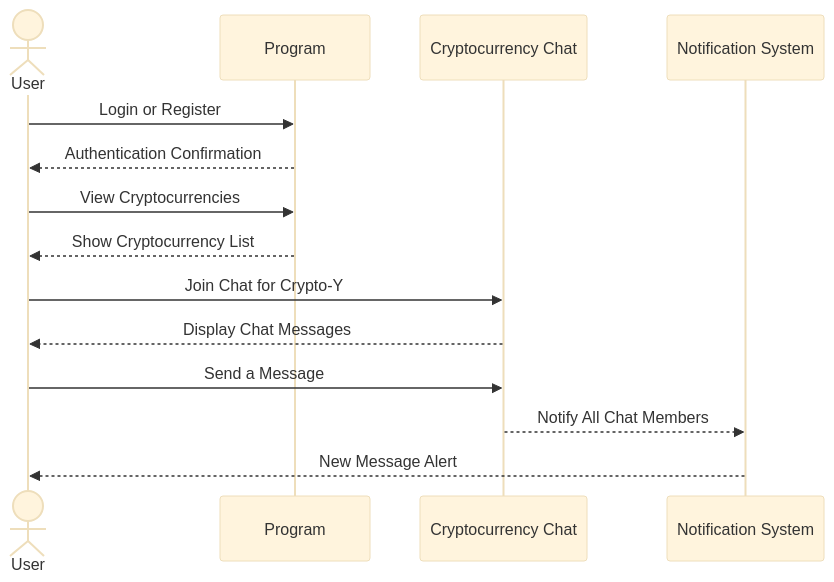
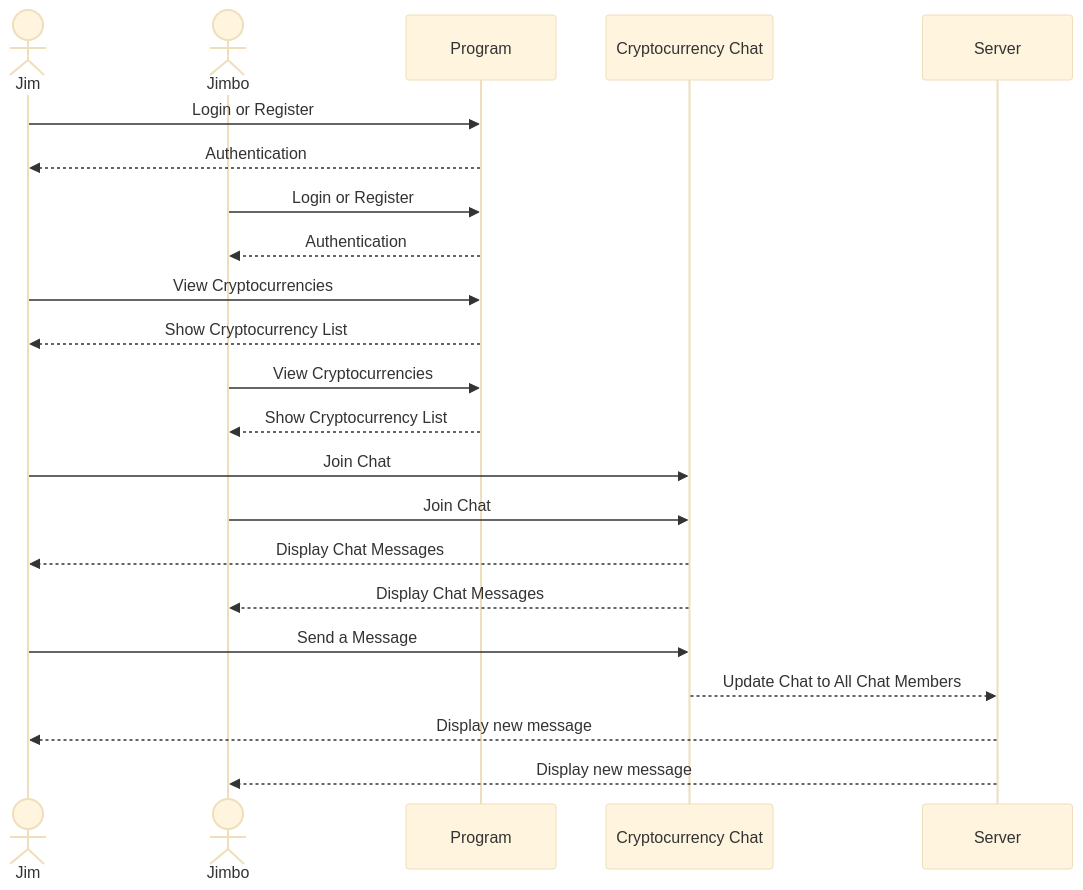
The diagram in README.md (Zachary-Sheen/startup), drawn with Mermaid (base theme) before and after one commit.

Commit message:
Finished sequence diagram for backend chat.

````diff
--- a/README.md
+++ b/README.md
@@ -37,17 +37,25 @@
 ```mermaid
 sequenceDiagram
-    actor User
+    actor Jim
+    actor Jimbo
     participant Program
     participant Cryptocurrency as Cryptocurrency Chat
-    participant Notification as Notification System
+    participant Server
     
-    User->>Program: Login or Register
-    Program-->>User: Authentication Confirmation
-    User->>Program: View Cryptocurrencies
-    Program-->>User: Show Cryptocurrency List
-    User->>Cryptocurrency: Join Chat for Crypto-Y
-    Cryptocurrency-->>User: Display Chat Messages
-    User->>Cryptocurrency: Send a Message
-    Cryptocurrency-->>Notification: Notify All Chat Members
-    Notification-->>User: New Message Alert
+    Jim->>Program: Login or Register
+    Program-->>Jim: Authentication
+    Jimbo->>Program: Login or Register
+    Program-->>Jimbo: Authentication
+    Jim->>Program: View Cryptocurrencies
+    Program-->>Jim: Show Cryptocurrency List
+    Jimbo->>Program: View Cryptocurrencies
+    Program-->>Jimbo: Show Cryptocurrency List
+    Jim->>Cryptocurrency: Join Chat
+    Jimbo->>Cryptocurrency: Join Chat
+    Cryptocurrency-->>Jim: Display Chat Messages
+    Cryptocurrency-->>Jimbo: Display Chat Messages
+    Jim->>Cryptocurrency: Send a Message
+    Cryptocurrency-->>Server: Update Chat to All Chat Members
+    Server-->>Jim: Display new message
+    Server-->>Jimbo: Display new message
 ```
````
